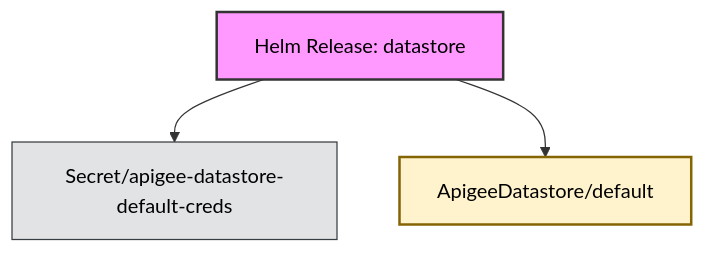
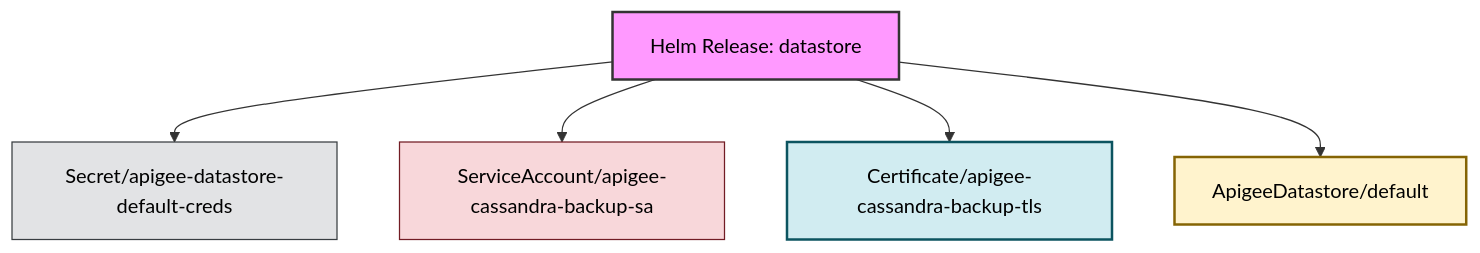
Before and after one commit to anaik91/apigee-hybrid-relationship-builder: the diagram in generated/apigee-datastore-1.15.0-shallow-all.md, drawn with Mermaid. The commit also changed other lines of this file and 60 other files, not shown here.

````diff
--- a/generated/apigee-datastore-1.15.0-shallow-all.md
+++ b/generated/apigee-datastore-1.15.0-shallow-all.md
@@ -11,23 +11,29 @@
 ```mermaid
 graph TD;
     classDef helm fill:#f9f,stroke:#333,stroke-width:2px,color:#000
     classDef workload fill:#cce5ff,stroke:#004085,stroke-width:1px,color:#000
     classDef network fill:#d4edda,stroke:#155724,stroke-width:1px,color:#000
     classDef config fill:#e2e3e5,stroke:#383d41,stroke-width:1px,color:#000
     classDef rbac fill:#f8d7da,stroke:#721c24,stroke-width:1px,color:#000
     classDef apigee_crd fill:#fff3cd,stroke:#856404,stroke-width:2px,color:#000
     classDef cert_manager_crd fill:#d1ecf1,stroke:#0c5460,stroke-width:2px,color:#000
     classDef webhook fill:#ddd,stroke:#333,stroke-width:2px,color:#000
     classDef default fill:#fff,stroke:#333,stroke-width:1px,color:#000
 
     HelmReleasedatastore["Helm Release: datastore"]
     Secretapigeedatastoredefaultcreds["Secret/apigee-datastore-default-creds"]
+    ServiceAccountapigeecassandrabackupsa["ServiceAccount/apigee-cassandra-backup-sa"]
+    Certificateapigeecassandrabackuptls["Certificate/apigee-cassandra-backup-tls"]
     ApigeeDatastoredefault["ApigeeDatastore/default"]
 
     class HelmReleasedatastore helm;
     class Secretapigeedatastoredefaultcreds config;
+    class ServiceAccountapigeecassandrabackupsa rbac;
+    class Certificateapigeecassandrabackuptls cert_manager_crd;
     class ApigeeDatastoredefault apigee_crd;
 
     HelmReleasedatastore --> Secretapigeedatastoredefaultcreds
+    HelmReleasedatastore --> ServiceAccountapigeecassandrabackupsa
+    HelmReleasedatastore --> Certificateapigeecassandrabackuptls
     HelmReleasedatastore --> ApigeeDatastoredefault
 ```
````
